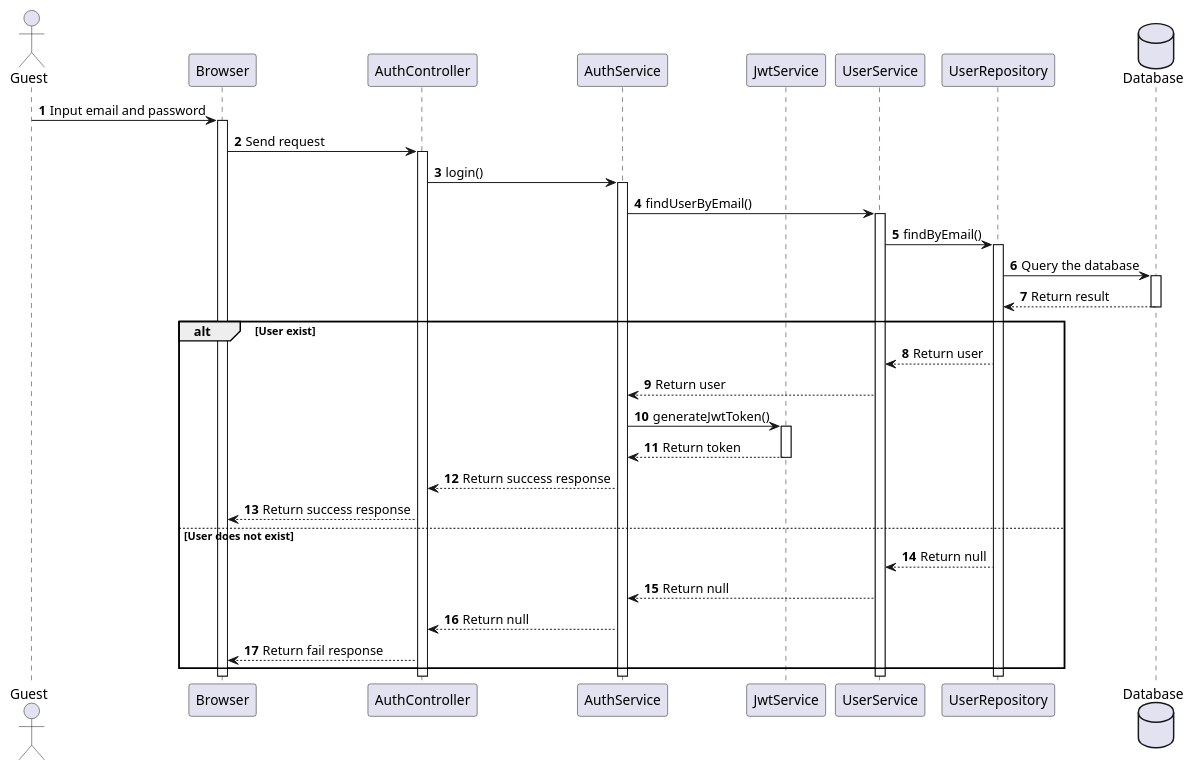
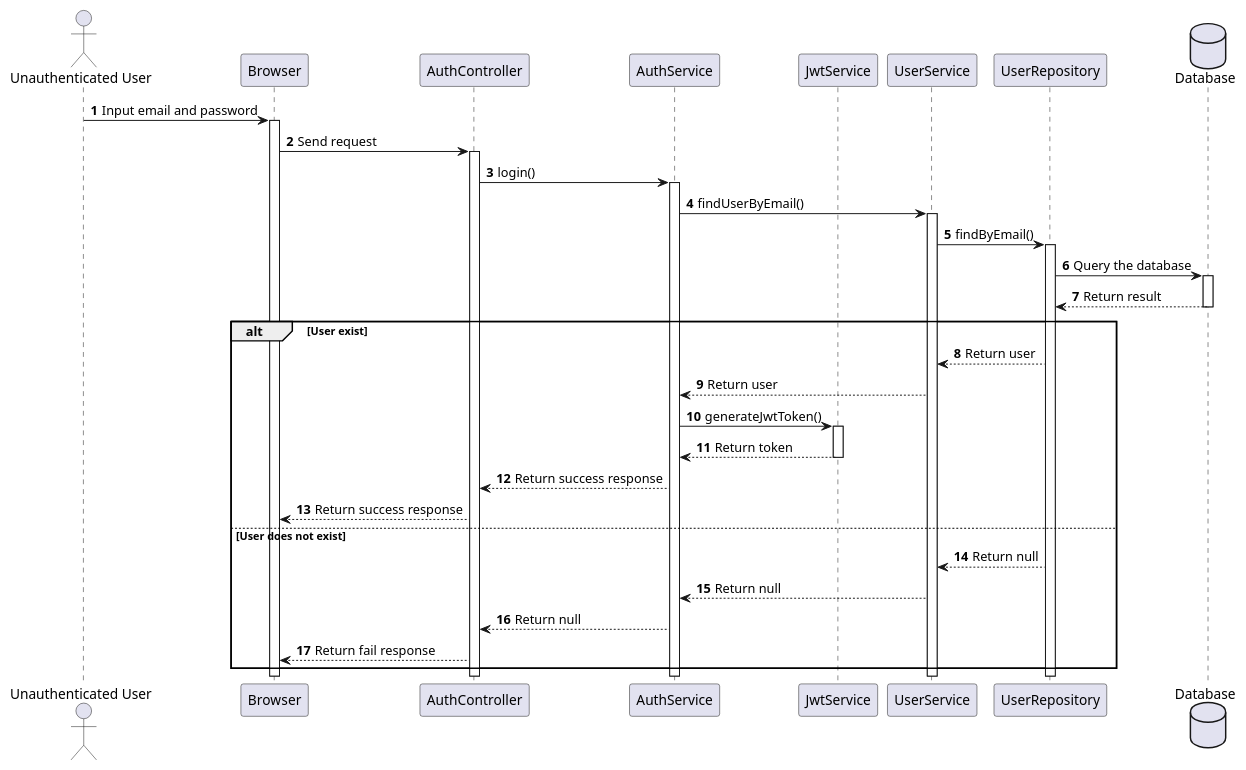
The diagram in docs/login.plantuml (ngthanhtuung/ema-server), drawn with PlantUML before and after one commit. The commit also changed 84 other files, not shown here.

```diff
--- a/docs/login.plantuml
+++ b/docs/login.plantuml
@@ -1,32 +1,32 @@
 @startuml
 autonumber
-actor Guest as Guest
+actor "Unauthenticated User" as Guest
 participant Browser as A
 participant AuthController as B
 participant AuthService as C
 participant JwtService as D
 participant UserService as E
 participant UserRepository as F
 database Database 
 
 Guest -> A++: Input email and password
 A -> B++: Send request
 B -> C++: login()
 C -> E++: findUserByEmail()
 E -> F++: findByEmail()
 F -> Database++: Query the database
 Database --> F--: Return result
 alt User exist
     F --> E: Return user
     E --> C: Return user
     C -> D++: generateJwtToken()
     D --> C--: Return token
     C --> B: Return success response
     B --> A: Return success response
 else User does not exist
     F --> E: Return null
     E --> C: Return null
     C --> B: Return null
     B --> A: Return fail response
 end
 @enduml
```
